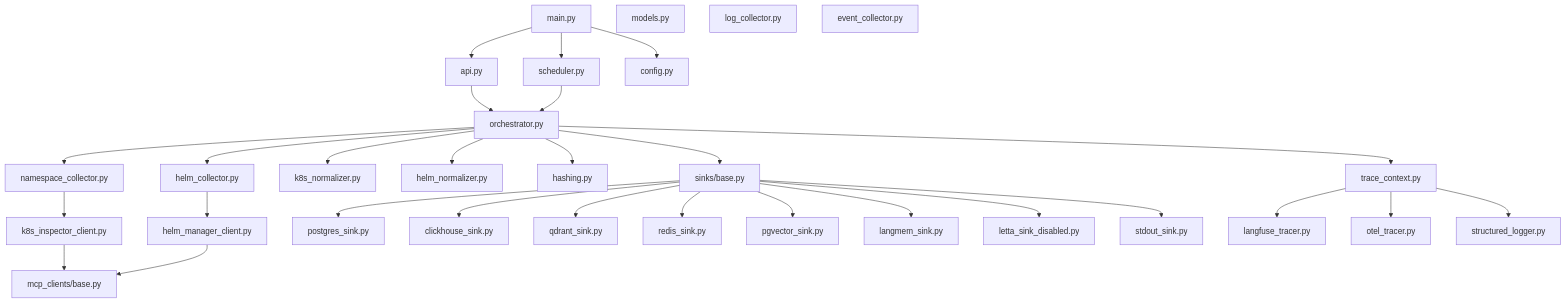
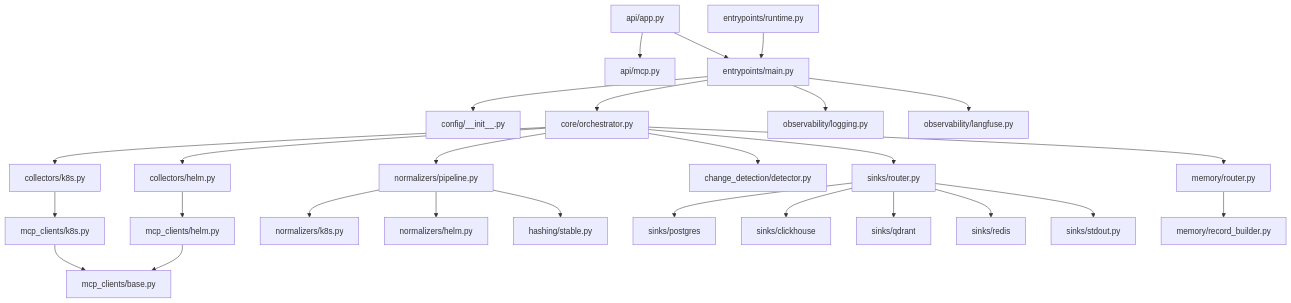
One commit to aveeshek/bosgenesis-k8s-data-ingestion-agent changed the first of 8 diagrams in docs/03_LLD_ANALYTICAL_MOP_AGENT.md. Above: the diagram before and after it, drawn with Mermaid. The commit also changed other lines of this file and 4 other files, not shown here.

````diff
--- a/docs/03_LLD_ANALYTICAL_MOP_AGENT.md
+++ b/docs/03_LLD_ANALYTICAL_MOP_AGENT.md
@@ -11,68 +10,34 @@
 ```mermaid
 flowchart TB
-    main[main.py]
-    api[api.py]
-    scheduler[scheduler.py]
-    config[config.py]
-    orchestrator[orchestrator.py]
-    models[models.py]
+    App["api/app.py"] --> McpApi["api/mcp.py"]
+    App --> Main["entrypoints/main.py"]
+    Runtime["entrypoints/runtime.py"] --> Main
 
-    k8sclient[k8s_inspector_client.py]
-    helmclient[helm_manager_client.py]
-    mcpbase[mcp_clients/base.py]
+    Main --> Config["config/__init__.py"]
+    Main --> Orchestrator["core/orchestrator.py"]
+    Main --> Logging["observability/logging.py"]
+    Main --> Langfuse["observability/langfuse.py"]
 
-    nscoll[namespace_collector.py]
-    helmcoll[helm_collector.py]
-    logcoll[log_collector.py]
-    eventcoll[event_collector.py]
+    Orchestrator --> K8sCollector["collectors/k8s.py"]
+    Orchestrator --> HelmCollector["collectors/helm.py"]
+    K8sCollector --> K8sClient["mcp_clients/k8s.py"]
+    HelmCollector --> HelmClient["mcp_clients/helm.py"]
+    K8sClient --> BaseClient["mcp_clients/base.py"]
+    HelmClient --> BaseClient
 
-    k8snorm[k8s_normalizer.py]
-    helmnrom[helm_normalizer.py]
-    hashing[hashing.py]
+    Orchestrator --> Normalizer["normalizers/pipeline.py"]
+    Normalizer --> K8sNorm["normalizers/k8s.py"]
+    Normalizer --> HelmNorm["normalizers/helm.py"]
+    Normalizer --> Hash["hashing/stable.py"]
+    Orchestrator --> ChangeDetector["change_detection/detector.py"]
 
-    sinkbase[sinks/base.py]
-    pgsink[postgres_sink.py]
-    chsink[clickhouse_sink.py]
-    qdsink[qdrant_sink.py]
-    redissink[redis_sink.py]
-    pgvectorsink[pgvector_sink.py]
-    langmemsink[langmem_sink.py]
-    letta[letta_sink_disabled.py]
-    stdout[stdout_sink.py]
+    Orchestrator --> SinkRouter["sinks/router.py"]
+    SinkRouter --> PG["sinks/postgres"]
+    SinkRouter --> CH["sinks/clickhouse"]
+    SinkRouter --> QD["sinks/qdrant"]
+    SinkRouter --> RD["sinks/redis"]
+    SinkRouter --> STDOUT["sinks/stdout.py"]
 
-    tracing[trace_context.py]
-    langfuse[langfuse_tracer.py]
-    otel[otel_tracer.py]
-    logger[structured_logger.py]
-
-    main --> config
-    main --> api
-    main --> scheduler
-    api --> orchestrator
-    scheduler --> orchestrator
-    orchestrator --> nscoll
-    orchestrator --> helmcoll
-    orchestrator --> k8snorm
-    orchestrator --> helmnrom
-    orchestrator --> hashing
-    orchestrator --> sinkbase
-    orchestrator --> tracing
-
-    nscoll --> k8sclient
-    helmcoll --> helmclient
-    k8sclient --> mcpbase
-    helmclient --> mcpbase
-
-    sinkbase --> pgsink
-    sinkbase --> chsink
-    sinkbase --> qdsink
-    sinkbase --> redissink
-    sinkbase --> pgvectorsink
-    sinkbase --> langmemsink
-    sinkbase --> letta
-    sinkbase --> stdout
-
-    tracing --> langfuse
-    tracing --> otel
-    tracing --> logger
+    Orchestrator --> MemoryRouter["memory/router.py"]
+    MemoryRouter --> MemoryRecords["memory/record_builder.py"]
 ```
````
